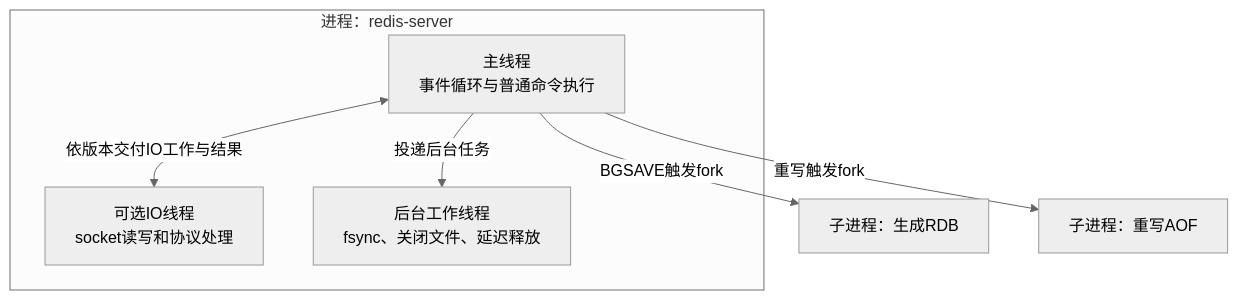
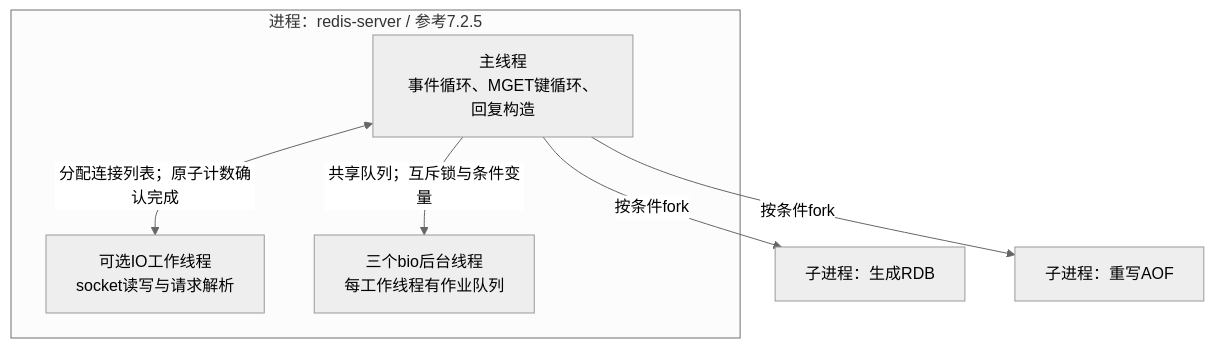
Before and after one commit to bitianyuan123/docs: the first of 3 diagrams in 11_redis_workload.md, drawn with Mermaid (neutral theme). The commit also changed other lines of this file and 110 other files, not shown here.

````diff
--- a/11_redis_workload.md
+++ b/11_redis_workload.md
@@ -155,12 +137,12 @@
 ```mermaid
 flowchart TB
-    subgraph RedisProcess[进程：redis-server]
-        Main[主线程<br/>事件循环与普通命令执行]
-        IO[可选IO线程<br/>socket读写和协议处理]
-        Bio[后台工作线程<br/>fsync、关闭文件、延迟释放]
-        Main <-->|依版本交付IO工作与结果| IO
-        Main -->|投递后台任务| Bio
+    subgraph RedisProcess[进程：redis-server / 参考7.2.5]
+        Main[主线程<br/>事件循环、MGET键循环、回复构造]
+        IO[可选IO工作线程<br/>socket读写与请求解析]
+        Bio[三个bio后台线程<br/>每工作线程有作业队列]
+        Main <-->|分配连接列表；原子计数确认完成| IO
+        Main -->|共享队列；互斥锁与条件变量| Bio
     end
-    Main -->|BGSAVE触发fork| RDB[子进程：生成RDB]
-    Main -->|重写触发fork| AOF[子进程：重写AOF]
+    Main -->|按条件fork| RDB[子进程：生成RDB]
+    Main -->|按条件fork| AOF[子进程：重写AOF]
 ```
````
